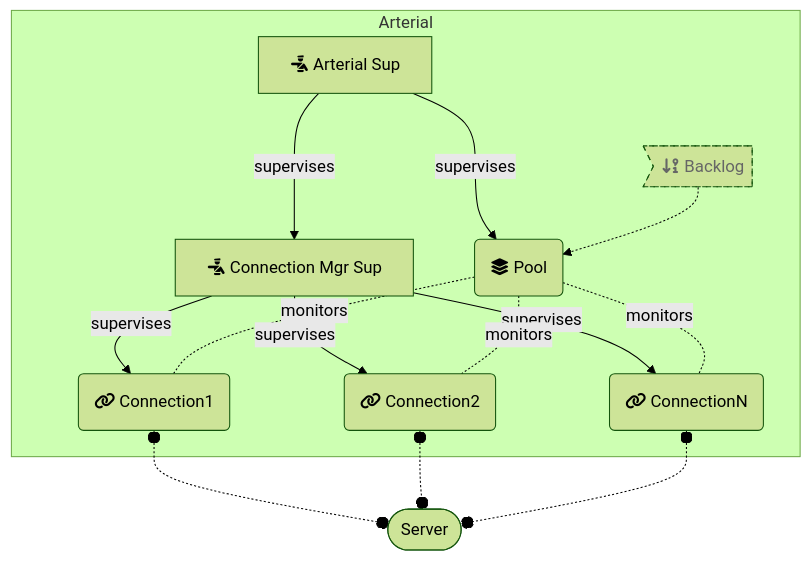
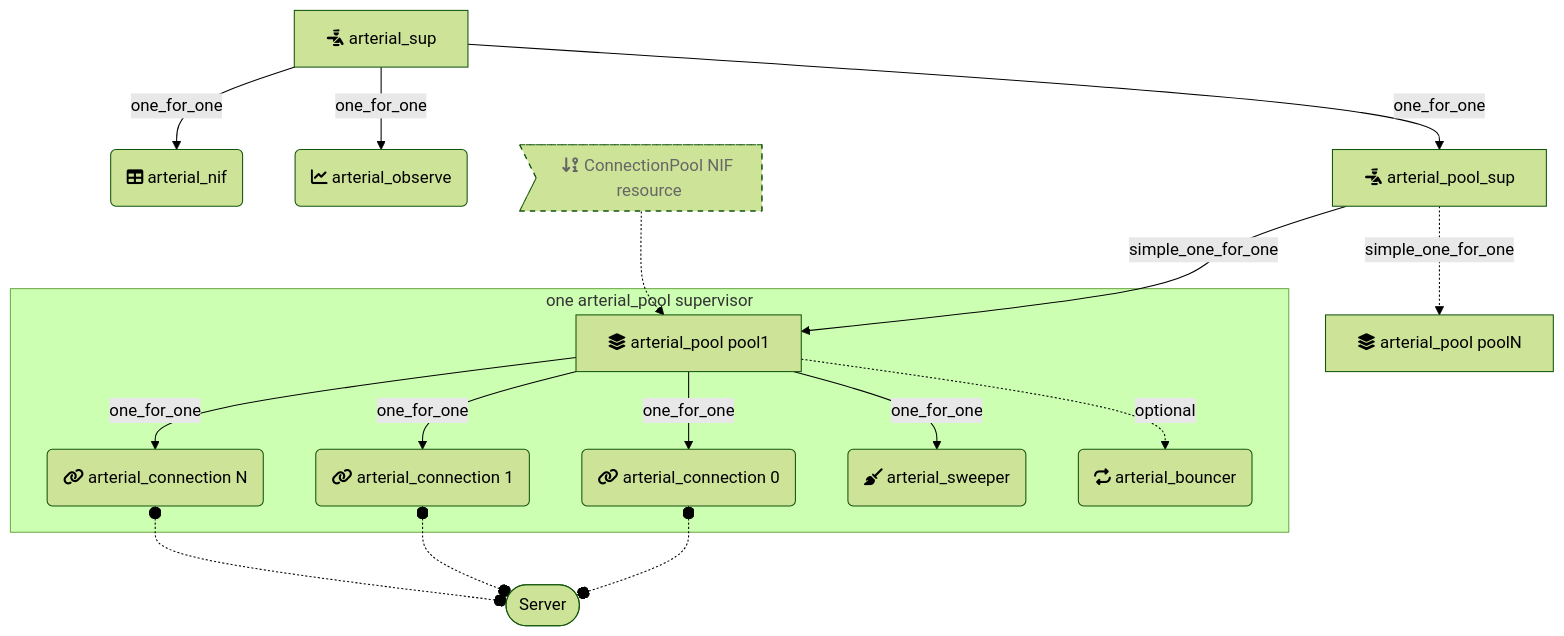
The diagram in README.md (saleyn/arterial), drawn with Mermaid (forest theme) before and after one commit. The commit also changed other lines of this file and 20 other files, not shown here.

````diff
--- a/README.md
+++ b/README.md
@@ -75,18 +99,24 @@
 ```mermaid
 flowchart TD
-    subgraph arterial [Arterial]
-    A[fa:fa-person-military-pointing Arterial Sup] --->|supervises| P(fa:fa-layer-group Pool)
-    A[fa:fa-person-military-pointing Arterial Sup] --->|supervises| CS[fa:fa-person-military-pointing Connection Mgr Sup]
-    B>fa:fa-arrow-down-9-1 Backlog] -.-> P
+    AS[fa:fa-person-military-pointing arterial_sup] -->|one_for_one| NIF(fa:fa-table arterial_nif)
+    AS -->|one_for_one| OBS(fa:fa-chart-line arterial_observe)
+    AS -->|one_for_one| PS[fa:fa-person-military-pointing arterial_pool_sup]
+
+    PS -->|simple_one_for_one| P1[fa:fa-layer-group arterial_pool pool1]
+    PS -.->|simple_one_for_one| PN[fa:fa-layer-group arterial_pool poolN]
+
+    subgraph pool [one arterial_pool supervisor]
+    P1 -->|one_for_one| C1(fa:fa-link arterial_connection 0)
+    P1 -->|one_for_one| C2(fa:fa-link arterial_connection 1)
+    P1 -->|one_for_one| CN(fa:fa-link arterial_connection N)
+    P1 -->|one_for_one| SW(fa:fa-broom arterial_sweeper)
+    P1 -.->|optional| BN(fa:fa-repeat arterial_bouncer)
+    end
+
+    B>fa:fa-arrow-down-9-1 ConnectionPool NIF resource] -.-> P1
     style B stroke-width:1px,color:#666,stroke-dasharray: 5 5
-    CS -->|supervises| C1(fa:fa-link Connection1)
-    CS -->|supervises| C2(fa:fa-link Connection2)
-    CS -->|supervises| CN(fa:fa-link ConnectionN)
-    P -.-|monitors| C1
-    P -.-|monitors| C2
-    P -.-|monitors| CN
-    end
+
     C1 o-.-o S([Server])
     C2 o-.-o S
     CN o-.-o S
 ```
````
